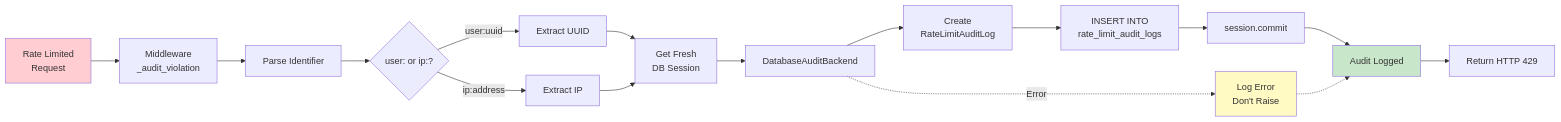
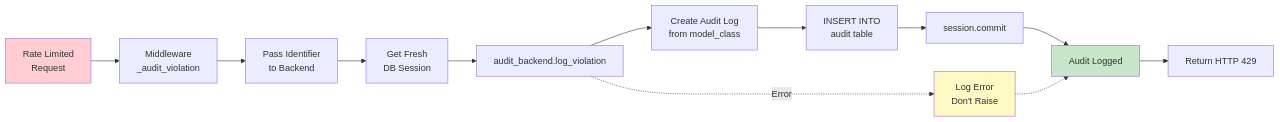
Before and after one commit to faiyaz7283/dashtam-api: the diagram in src/rate_limiter/docs/audit.md, drawn with Mermaid. The commit also changed other lines of this file and 26 other files, not shown here.

````diff
--- a/src/rate_limiter/docs/audit.md
+++ b/src/rate_limiter/docs/audit.md
@@ -85,29 +119,23 @@
 ```mermaid
 flowchart LR
     Request[Rate Limited<br/>Request] --> Middleware[Middleware<br/>_audit_violation]
     
-    Middleware --> Parse[Parse Identifier]
-    Parse --> UserID{user: or ip:?}
+    Middleware --> Identifier[Pass Identifier<br/>to Backend]
+    Identifier --> Session[Get Fresh<br/>DB Session]
     
-    UserID -->|user:uuid| ExtractUser[Extract UUID]
-    UserID -->|ip:address| ExtractIP[Extract IP]
-    
-    ExtractUser --> Session[Get Fresh<br/>DB Session]
-    ExtractIP --> Session
-    
-    Session --> Backend[DatabaseAuditBackend]
-    Backend --> Create[Create<br/>RateLimitAuditLog]
-    Create --> Insert[INSERT INTO<br/>rate_limit_audit_logs]
+    Session --> Backend[audit_backend.log_violation]
+    Backend --> Model[Create Audit Log<br/>from model_class]
+    Model --> Insert[INSERT INTO<br/>audit table]
     Insert --> Commit[session.commit]
     
     Commit --> Success[Audit Logged]
     
     Backend -.->|Error| FailOpen[Log Error<br/>Don't Raise]
     FailOpen -.-> Success
     
     Success --> Return429[Return HTTP 429]
     
     style Request fill:#ffcdd2
     style Success fill:#c8e6c9
     style FailOpen fill:#fff9c4
 ```
````
